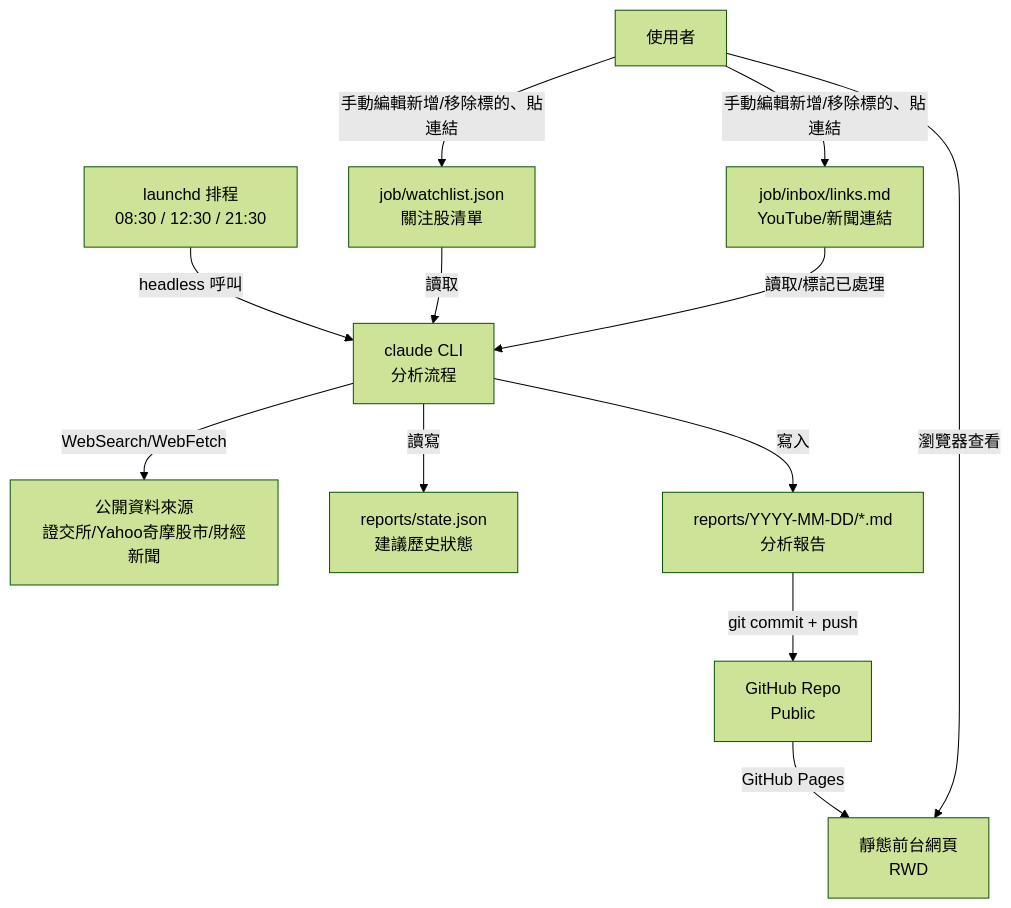
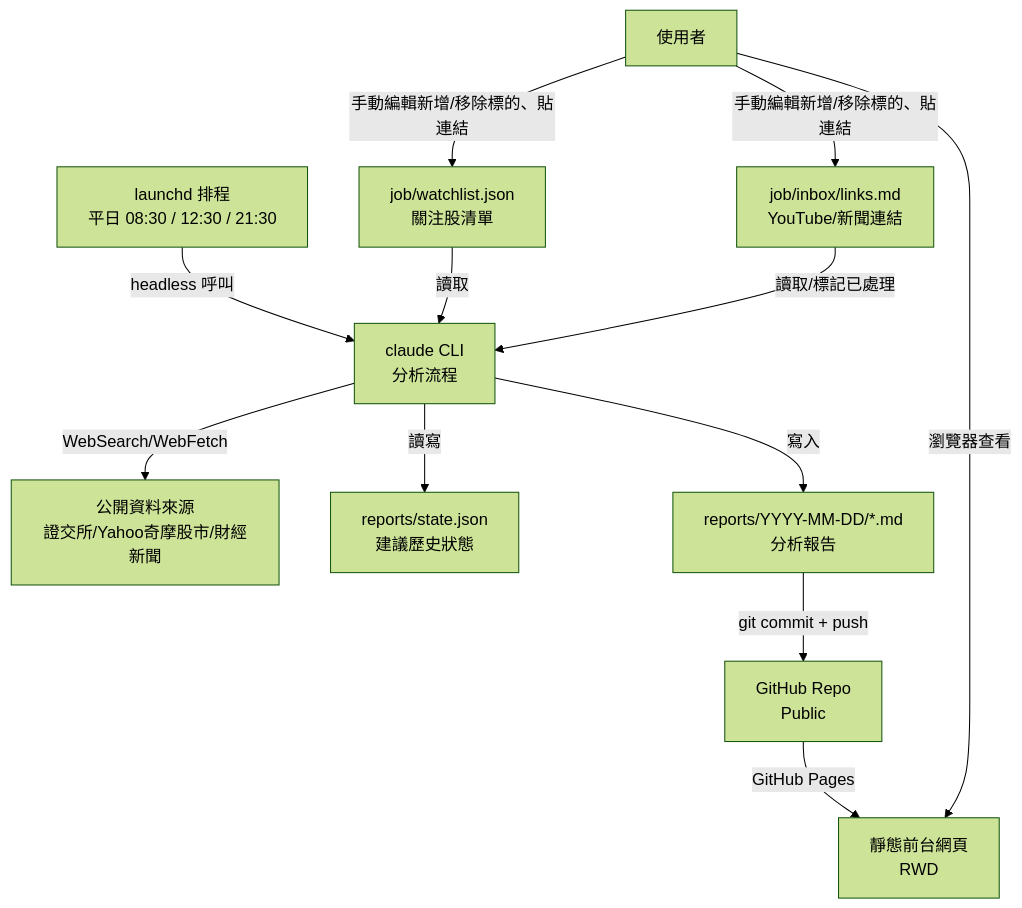
Before and after one commit to Blackjtsai/blackj-stock-point-guard: the diagram in docs/design/ARCHITECTURE.md, drawn with Mermaid (forest theme). The commit also changed 6 other files, not shown here.

````diff
--- a/docs/design/ARCHITECTURE.md
+++ b/docs/design/ARCHITECTURE.md
@@ -5,14 +5,14 @@
 ```mermaid
 graph TD
-    L[launchd 排程<br/>08:30 / 12:30 / 21:30] -->|headless 呼叫| C[claude CLI<br/>分析流程]
+    L[launchd 排程<br/>平日 08:30 / 12:30 / 21:30] -->|headless 呼叫| C[claude CLI<br/>分析流程]
     C -->|WebSearch/WebFetch| D[公開資料來源<br/>證交所/Yahoo奇摩股市/財經新聞]
     WL[job/watchlist.json<br/>關注股清單] -->|讀取| C
     IB[job/inbox/links.md<br/>YouTube/新聞連結] -->|讀取/標記已處理| C
     C -->|讀寫| S[reports/state.json<br/>建議歷史狀態]
     C -->|寫入| R[reports/YYYY-MM-DD/*.md<br/>分析報告]
     R -->|git commit + push| G[GitHub Repo<br/>Public]
     G -->|GitHub Pages| W[靜態前台網頁<br/>RWD]
     U[使用者] -->|瀏覽器查看| W
     U -->|手動編輯新增/移除標的、貼連結| WL
     U -->|手動編輯新增/移除標的、貼連結| IB
 ```
````
